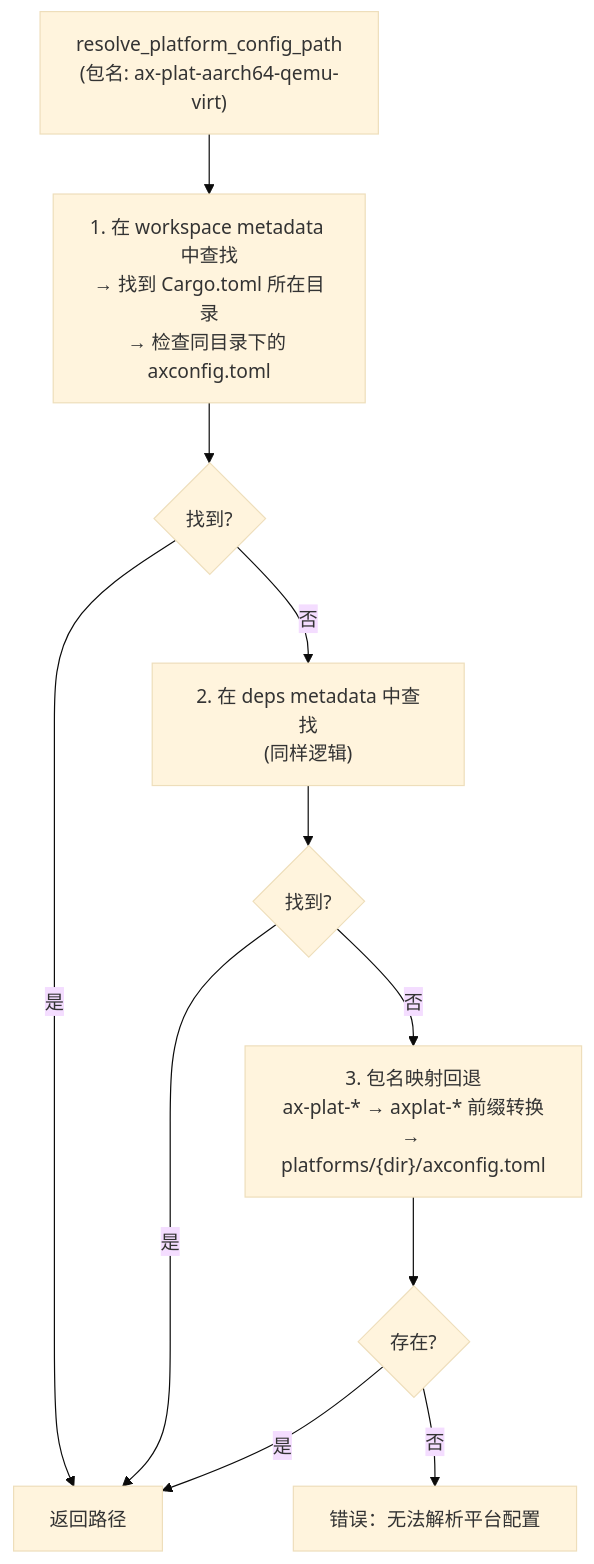
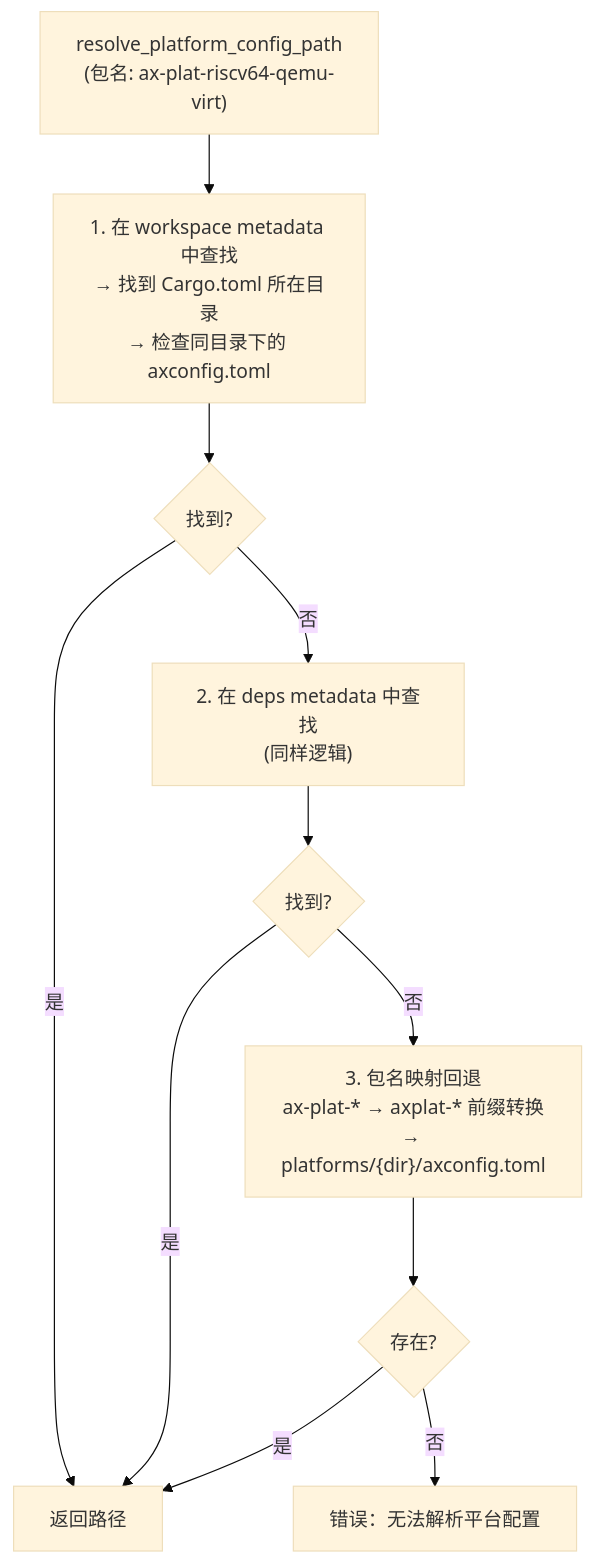
The seventh of 8 diagrams in docs/docs/build/build.md (rcore-os/tgoskits), drawn with Mermaid (base theme) before and after one commit. The commit also changed other lines of this file and 151 other files, not shown here.

Commit message:
chore(platform): remove static aarch64 platforms

````diff
--- a/docs/docs/build/build.md
+++ b/docs/docs/build/build.md
@@ -226,13 +226,13 @@
 ```mermaid
 flowchart TD
-    A["resolve_platform_config_path<br/>(包名: ax-plat-aarch64-qemu-virt)"] --> B["1. 在 workspace metadata 中查找<br/>→ 找到 Cargo.toml 所在目录<br/>→ 检查同目录下的 axconfig.toml"]
+    A["resolve_platform_config_path<br/>(包名: ax-plat-riscv64-qemu-virt)"] --> B["1. 在 workspace metadata 中查找<br/>→ 找到 Cargo.toml 所在目录<br/>→ 检查同目录下的 axconfig.toml"]
     B --> C{找到?}
     C -->|是| D["返回路径"]
     C -->|否| E["2. 在 deps metadata 中查找<br/>(同样逻辑)"]
     E --> F{找到?}
     F -->|是| D
     F -->|否| G["3. 包名映射回退<br/>ax-plat-* → axplat-* 前缀转换<br/>→ platforms/{dir}/axconfig.toml"]
     G --> H{存在?}
     H -->|是| D
     H -->|否| I["错误：无法解析平台配置"]
 ```
````
